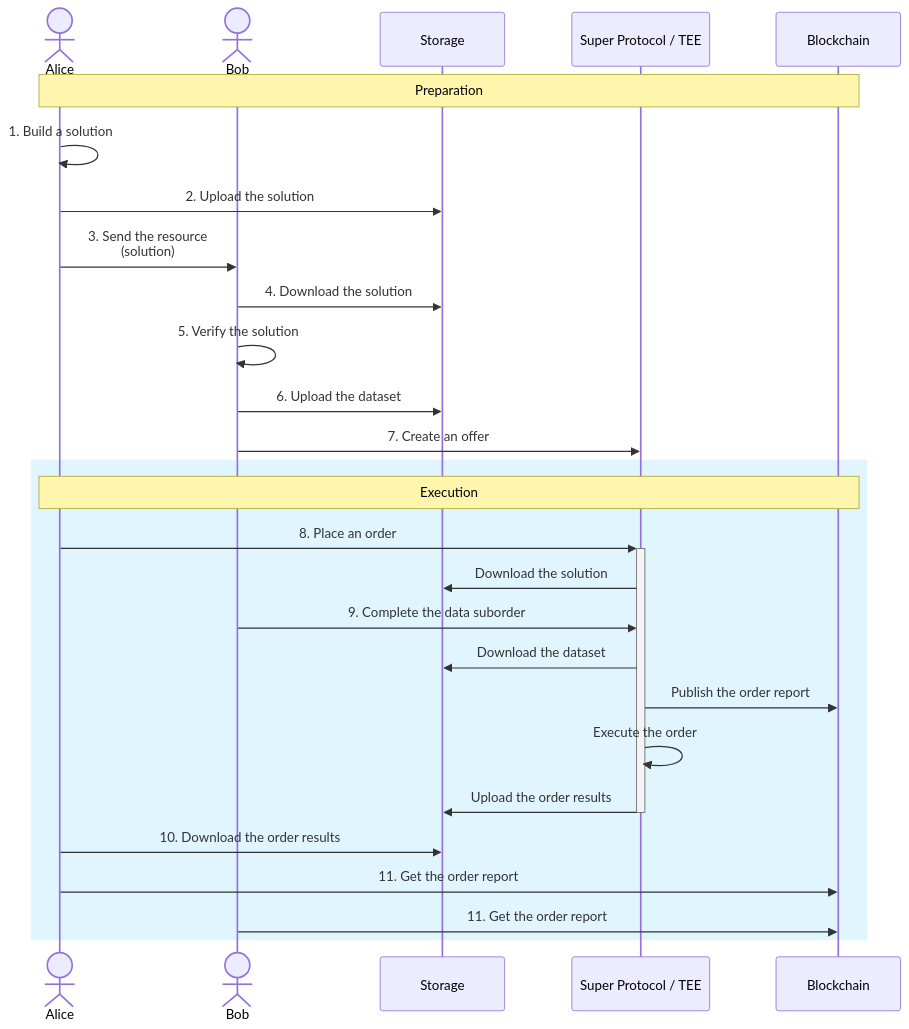
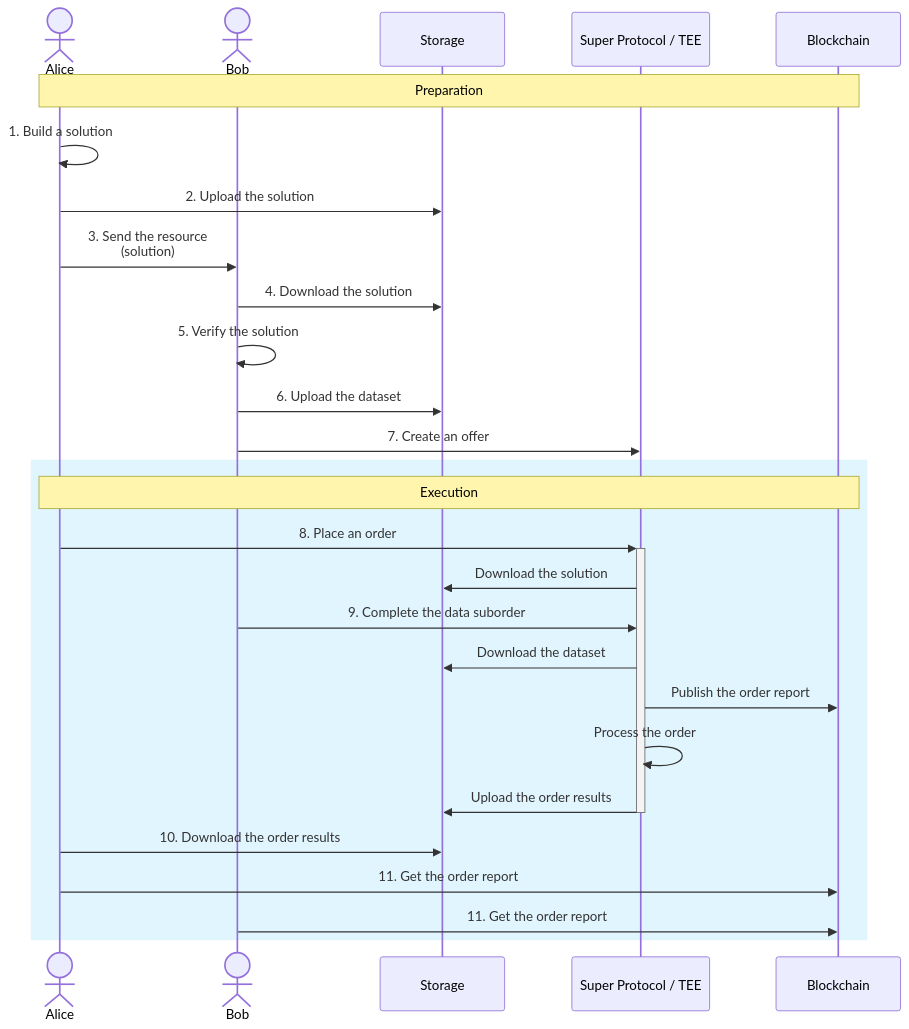
The diagram in docs/cli/Guides/collaboration.md (Super-Protocol/docs), drawn with Mermaid before and after one commit. The commit also changed other lines of this file and 2 other files, not shown here.

````diff
--- a/docs/cli/Guides/collaboration.md
+++ b/docs/cli/Guides/collaboration.md
@@ -18,35 +21,35 @@
 ```mermaid
 sequenceDiagram
     actor Alice
     actor Bob
     participant Storage
     participant Super Protocol / TEE
     participant Blockchain
 
     %% ----- Preparation -----
     note over Alice,Blockchain: Preparation
 
     Alice ->> Alice: 1. Build a solution
     Alice ->> Storage: 2. Upload the solution
     Alice ->> Bob: 3. Send the resource<br/>(solution)
     Bob ->> Storage: 4. Download the solution
     Bob ->> Bob: 5. Verify the solution
     Bob ->> Storage: 6. Upload the dataset
     Bob ->> Super Protocol / TEE: 7. Create an offer
 
     %% ----- Execution -----
     rect rgb(225, 245, 255)
     note over Alice,Blockchain: Execution
 
     Alice ->>+ Super Protocol / TEE: 8. Place an order
     Super Protocol / TEE ->> Storage: Download the solution
     Bob ->> Super Protocol / TEE: 9. Complete the data suborder
     Super Protocol / TEE ->> Storage: Download the dataset
     Super Protocol / TEE ->> Blockchain: Publish the order report
-    Super Protocol / TEE ->> Super Protocol / TEE: Execute the order
+    Super Protocol / TEE ->> Super Protocol / TEE: Process the order
     Super Protocol / TEE ->>- Storage: Upload the order results
     Alice ->> Storage: 10. Download the order results
     Alice ->> Blockchain: 11. Get the order report
     Bob ->> Blockchain: 11. Get the order report
     end
 ```
````
